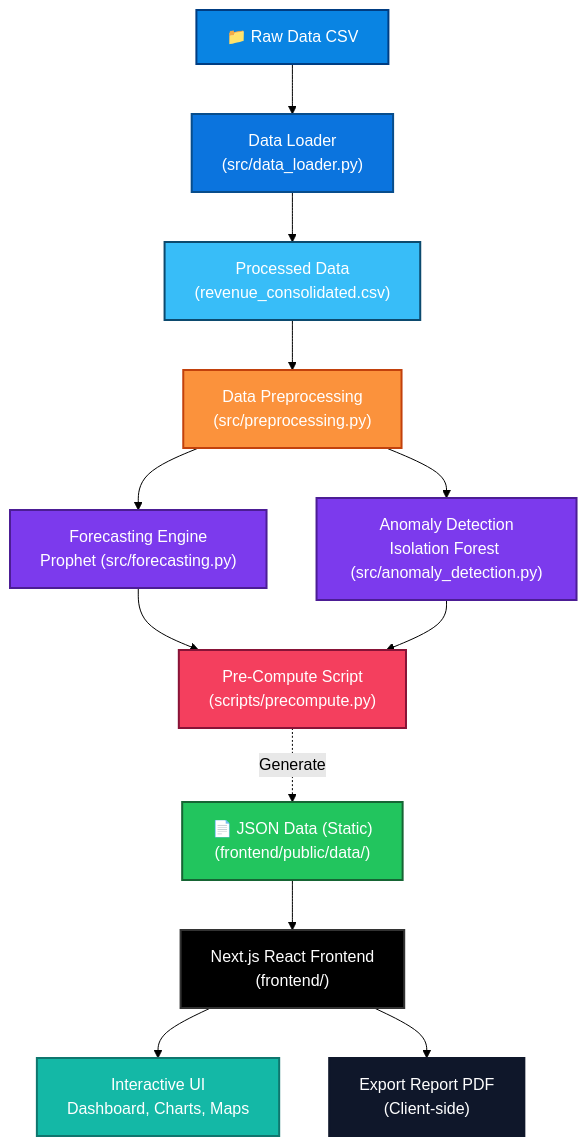
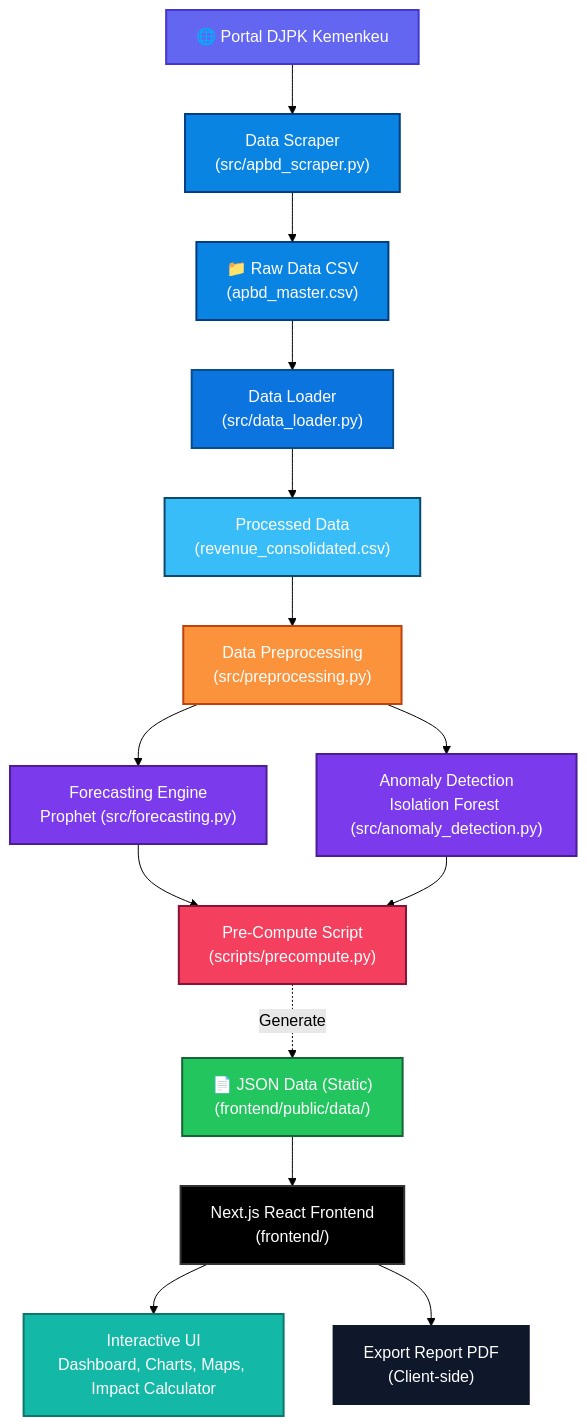
The first of 3 diagrams in README.MD (KwikAndreas/revdadas), drawn with Mermaid (forest theme) before and after one commit. The commit also changed other lines of this file and 13 other files, not shown here.

````diff
--- a/README.MD
+++ b/README.MD
@@ -55,29 +54,33 @@
 ```mermaid
 graph TD
-    A["📁 Raw Data CSV"] --> B["Data Loader\n(src/data_loader.py)"]
+    Z["🌐 Portal DJPK Kemenkeu"] --> S["Data Scraper\n(src/apbd_scraper.py)"]
+    S --> A["📁 Raw Data CSV\n(apbd_master.csv)"]
+    A --> B["Data Loader\n(src/data_loader.py)"]
     B --> C["Processed Data\n(revenue_consolidated.csv)"]
     C --> D["Data Preprocessing\n(src/preprocessing.py)"]
     
     D --> E["Forecasting Engine\nProphet (src/forecasting.py)"]
     D --> F["Anomaly Detection\nIsolation Forest (src/anomaly_detection.py)"]
 
     E & F --> G["Pre-Compute Script\n(scripts/precompute.py)"]
     
     G -.->|Generate| H["📄 JSON Data (Static)\n(frontend/public/data/)"]
 
     H --> I["Next.js React Frontend\n(frontend/)"]
-    I --> J["Interactive UI\nDashboard, Charts, Maps"]
+    I --> J["Interactive UI\nDashboard, Charts, Maps, Impact Calculator"]
     I --> K["Export Report PDF\n(Client-side)"]
 
+    style Z fill:#6366f1,stroke:#4338ca,stroke-width:2px,color:#fff
+    style S fill:#0984e3,stroke:#003d82,stroke-width:2px,color:#fff
     style A fill:#0984e3,stroke:#003d82,stroke-width:2px,color:#fff
     style B fill:#0b74de,stroke:#084d8c,stroke-width:2px,color:#fff
     style C fill:#38bdf8,stroke:#0c4a6e,stroke-width:2px,color:#fff
     style D fill:#fb923c,stroke:#c2410c,stroke-width:2px,color:#fff
     style E fill:#7c3aed,stroke:#4c1d95,stroke-width:2px,color:#fff
     style F fill:#7c3aed,stroke:#4c1d95,stroke-width:2px,color:#fff
     style G fill:#f43f5e,stroke:#881337,stroke-width:2px,color:#fff
     style H fill:#22c55e,stroke:#166534,stroke-width:2px,color:#fff
     style I fill:#000000,stroke:#333333,stroke-width:2px,color:#fff
     style J fill:#14b8a6,stroke:#0f766e,stroke-width:2px,color:#fff
     style K fill:#0f172a,stroke:#0f172a,stroke-width:2px,color:#fff
 ```
````
